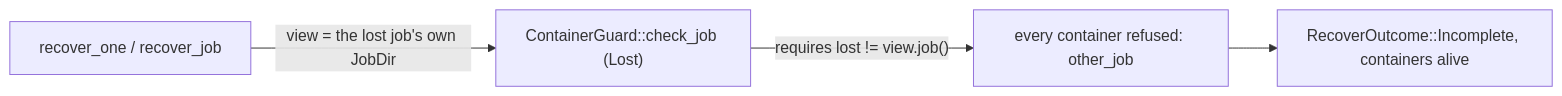
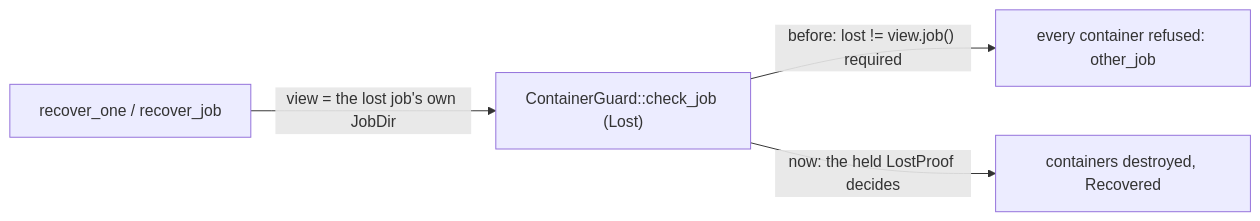
One commit to CrackingShells/Candler changed the diagram in __reports__/m2b-execution-parity/supervision_gates_report_v0.md. Above: the diagram before and after it, drawn with Mermaid. The commit also changed other lines of this file, not shown here.

Commit message:
reports(orchestrator): record the lost-job fix and its bite

````diff
--- a/__reports__/m2b-execution-parity/supervision_gates_report_v0.md
+++ b/__reports__/m2b-execution-parity/supervision_gates_report_v0.md
@@ -23,6 +23,6 @@
 ```mermaid
 flowchart LR
   P["recover_one / recover_job"] -->|"view = the lost job's own JobDir"| G["ContainerGuard::check_job (Lost)"]
-  G -->|"requires lost != view.job()"| R["every container refused: other_job"]
-  R --> I["RecoverOutcome::Incomplete, containers alive"]
+  G -->|"before: lost != view.job() required"| R["every container refused: other_job"]
+  G -->|"now: the held LostProof decides"| D["containers destroyed, Recovered"]
 ```
````
